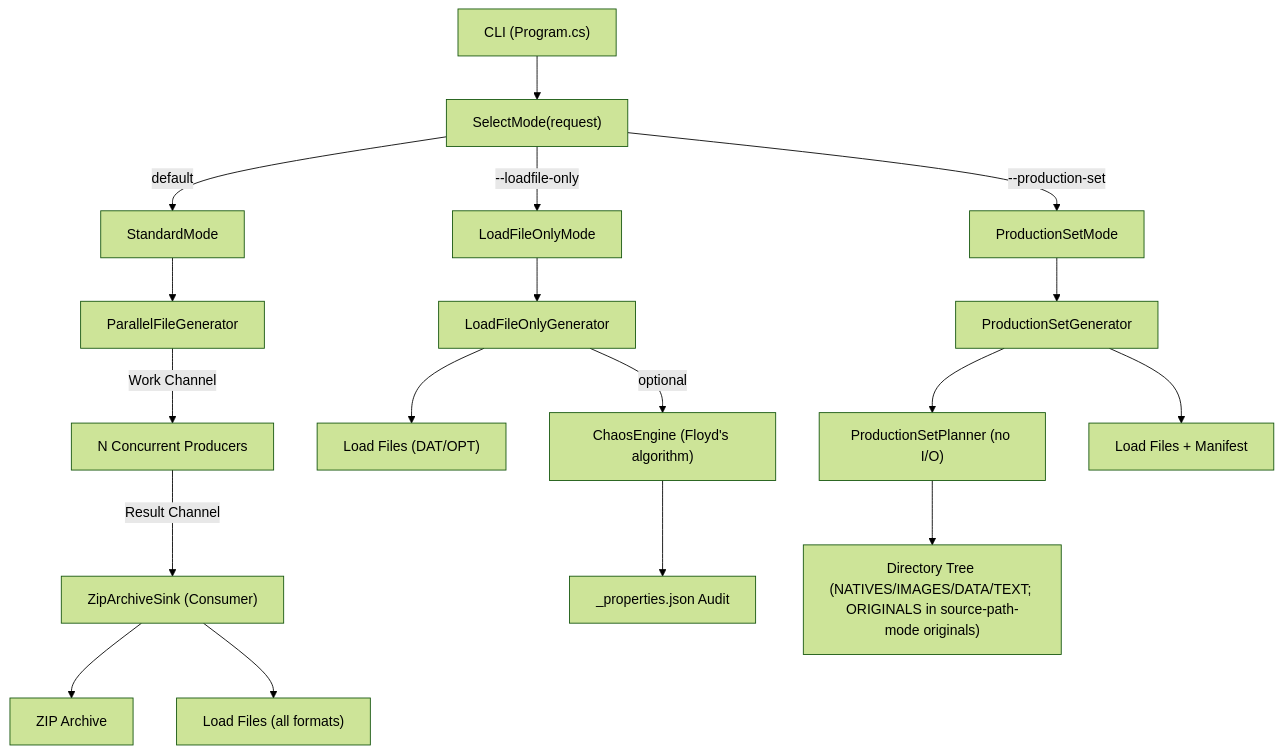
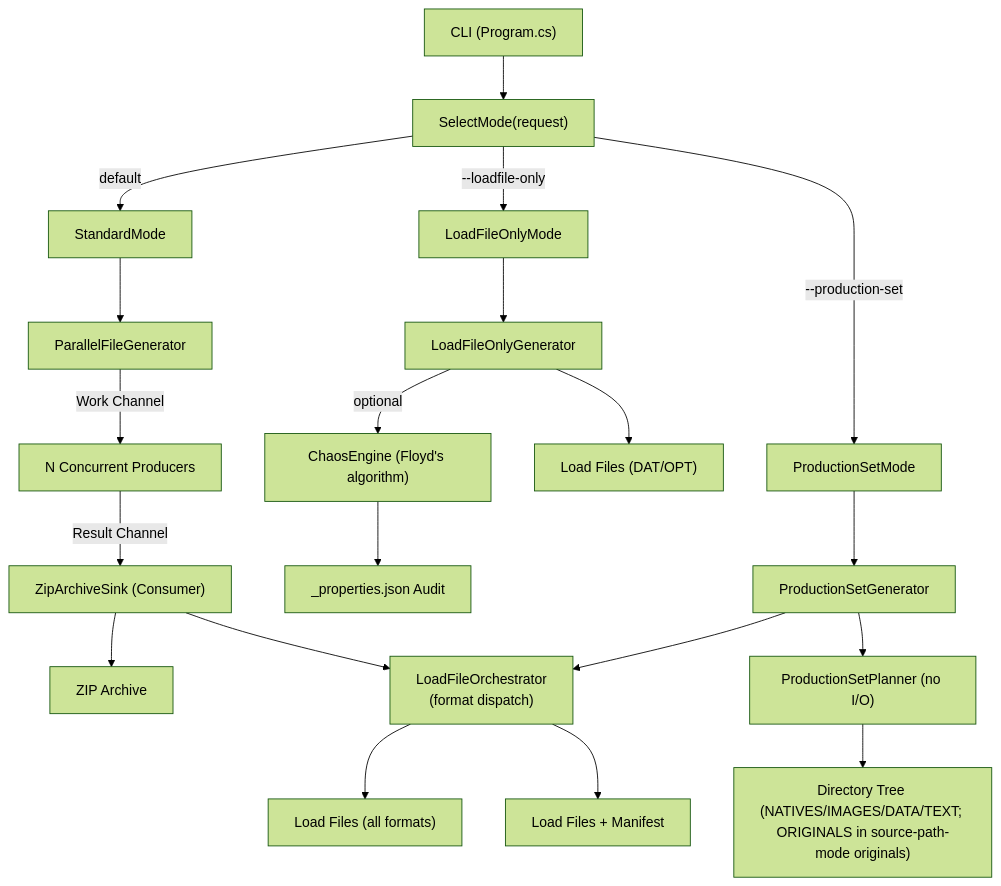
Before and after one commit to dwojtaszek/zipper: the first of 3 diagrams in docs/architecture.md, drawn with Mermaid (forest theme). The commit also changed other lines of this file and 6 other files, not shown here.

````diff
--- a/docs/architecture.md
+++ b/docs/architecture.md
@@ -40,24 +40,26 @@
 ```mermaid
 graph TD
     CLI["CLI (Program.cs)"]
     CLI --> SelectMode["SelectMode(request)"]
     SelectMode -->|"default"| StandardMode["StandardMode"]
     SelectMode -->|"--loadfile-only"| LoadFileOnlyMode["LoadFileOnlyMode"]
     SelectMode -->|"--production-set"| ProductionSetMode["ProductionSetMode"]
 
     StandardMode --> PFG["ParallelFileGenerator"]
     PFG -->|"Work Channel"| Producers["N Concurrent Producers"]
     Producers -->|"Result Channel"| ZAS["ZipArchiveSink (Consumer)"]
     ZAS --> ZIP["ZIP Archive"]
-    ZAS --> LF1["Load Files (all formats)"]
+    ZAS --> LFO["LoadFileOrchestrator<br/>(format dispatch)"]
+    LFO --> LF1["Load Files (all formats)"]
 
     LoadFileOnlyMode --> LOG["LoadFileOnlyGenerator"]
     LOG --> LF2["Load Files (DAT/OPT)"]
     LOG -->|"optional"| Chaos["ChaosEngine (Floyd's algorithm)"]
     Chaos --> Audit["_properties.json Audit"]
 
     ProductionSetMode --> PSG["ProductionSetGenerator"]
     PSG --> PSP["ProductionSetPlanner (no I/O)"]
     PSP --> Tree["Directory Tree (NATIVES/IMAGES/DATA/TEXT; ORIGINALS in source-path-mode originals)"]
-    PSG --> LF3["Load Files + Manifest"]
+    PSG --> LFO
+    LFO --> LF3["Load Files + Manifest"]
 ```
````
